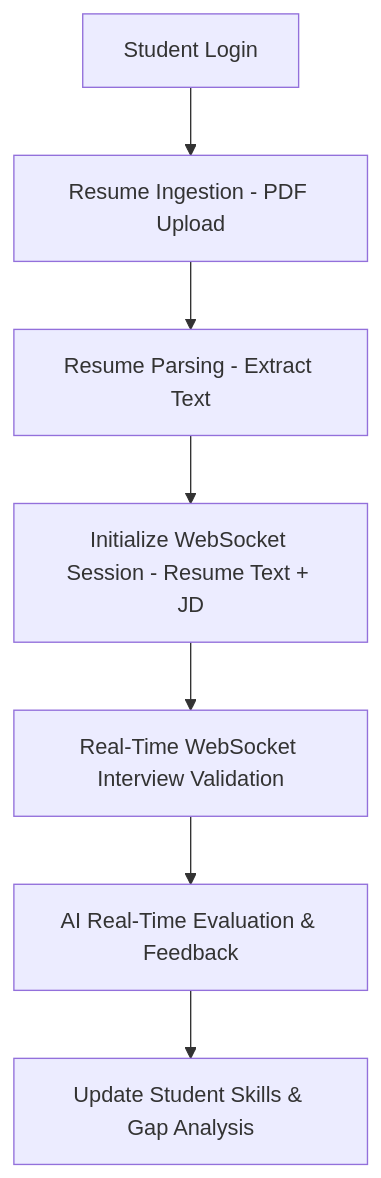
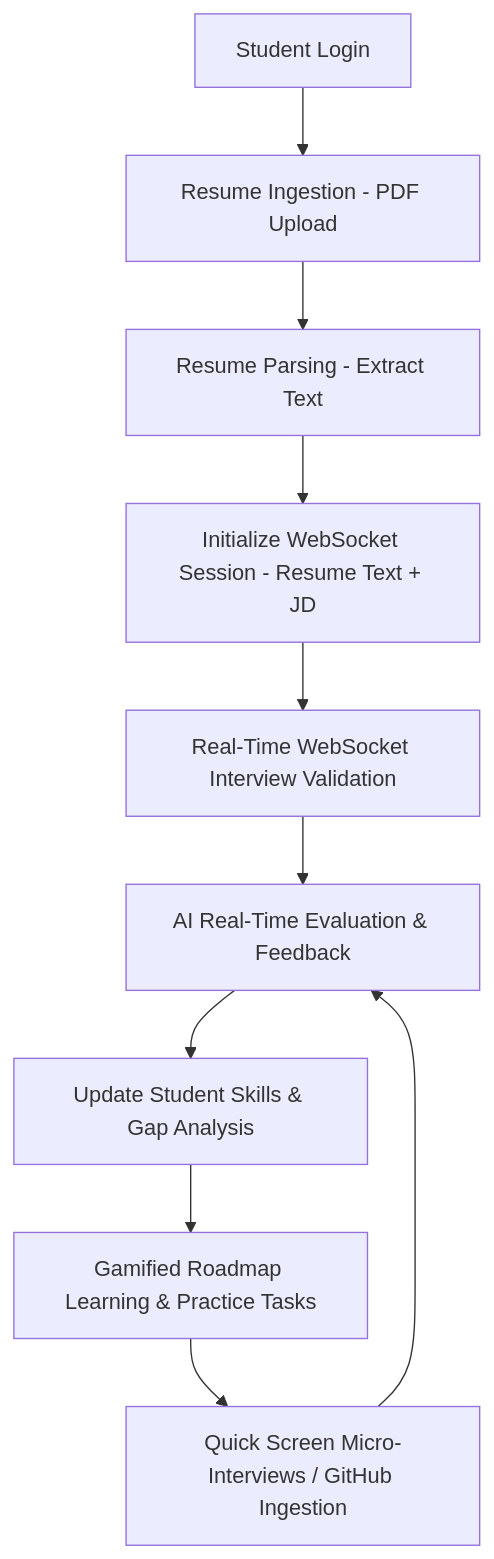
One commit to pr17-lab/fullstackaa changed the diagram in .sata_agent_state.md. Above: the diagram before and after it, drawn with Mermaid. The commit also changed other lines of this file and 9 other files, not shown here.

Commit message:
feat: complete closed-loop roadmap flywheel with react frontend integration

````diff
--- a/.sata_agent_state.md
+++ b/.sata_agent_state.md
@@ -11,9 +11,12 @@
 ```mermaid
 graph TD
     A[Student Login] --> B[Resume Ingestion - PDF Upload]
     B --> C[Resume Parsing - Extract Text]
     C --> D[Initialize WebSocket Session - Resume Text + JD]
     D --> E[Real-Time WebSocket Interview Validation]
     E --> F[AI Real-Time Evaluation & Feedback]
     F --> G[Update Student Skills & Gap Analysis]
+    G --> H[Gamified Roadmap Learning & Practice Tasks]
+    H --> I[Quick Screen Micro-Interviews / GitHub Ingestion]
+    I --> F
 ```
````
